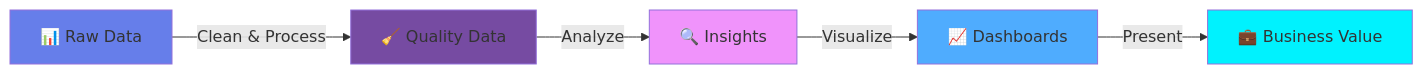
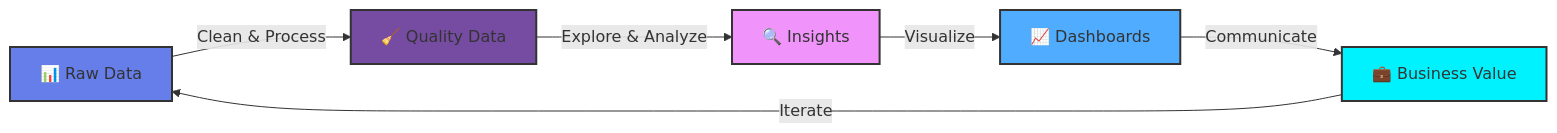
Before and after one commit to mdarwiish1337-stack/mdarwiish1337-stack: the diagram in README.md, drawn with Mermaid. The commit also changed other lines of this file, not shown here.

````diff
--- a/README.md
+++ b/README.md
@@ -97,13 +162,14 @@
 ```mermaid
 graph LR
     A[📊 Raw Data] -->|Clean & Process| B[🧹 Quality Data]
-    B -->|Analyze| C[🔍 Insights]
+    B -->|Explore & Analyze| C[🔍 Insights]
     C -->|Visualize| D[📈 Dashboards]
-    D -->|Present| E[💼 Business Value]
+    D -->|Communicate| E[💼 Business Value]
+    E -->|Iterate| A
     
-    style A fill:#667eea
-    style B fill:#764ba2
-    style C fill:#f093fb
-    style D fill:#4facfe
-    style E fill:#00f2fe
+    style A fill:#667eea,stroke:#333,stroke-width:2px
+    style B fill:#764ba2,stroke:#333,stroke-width:2px
+    style C fill:#f093fb,stroke:#333,stroke-width:2px
+    style D fill:#4facfe,stroke:#333,stroke-width:2px
+    style E fill:#00f2fe,stroke:#333,stroke-width:2px
 ```
````
